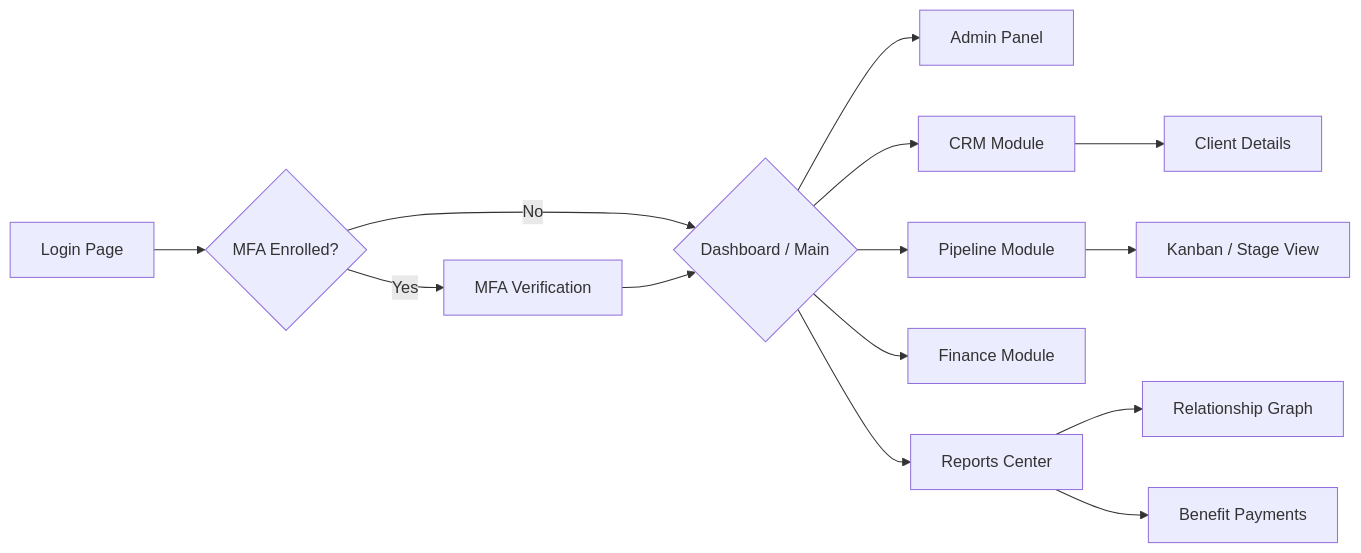
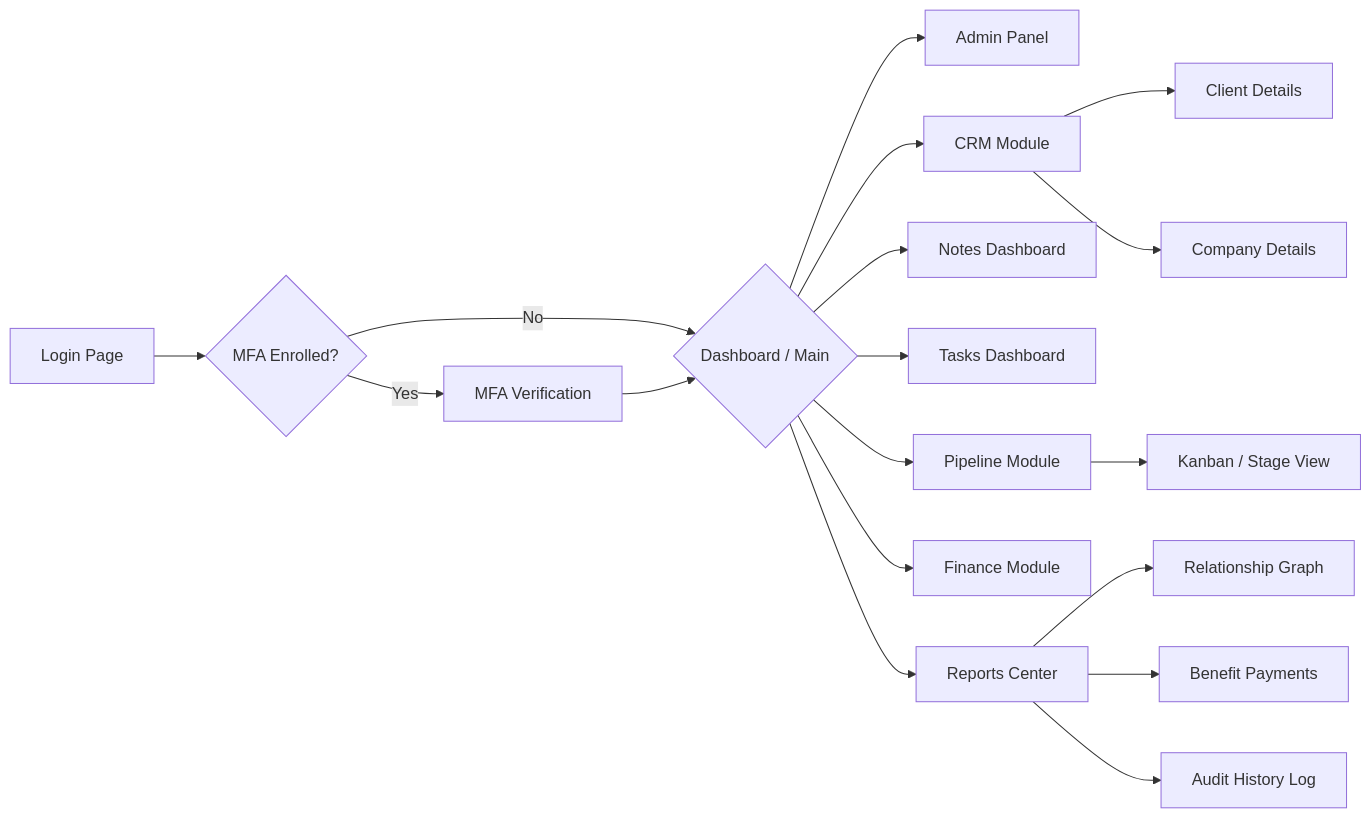
One commit to bereanadvisorgroup/prestige-box changed the diagram in docs/features.md. Above: the diagram before and after it, drawn with Mermaid. The commit also changed other lines of this file and 8 other files, not shown here.

Commit message:
docs: update architecture, feature list, and database docs; fix obsolete payments path in code and docs

````diff
--- a/docs/features.md
+++ b/docs/features.md
@@ -5,17 +5,21 @@
 ```mermaid
 flowchart LR
     Login[Login Page] --> MFA{MFA Enrolled?}
     MFA -->|Yes| MFAVerify[MFA Verification]
     MFA -->|No| Dashboard{Dashboard / Main}
     MFAVerify --> Dashboard
     Dashboard --> Admin[Admin Panel]
     Dashboard --> CRM[CRM Module]
+    Dashboard --> Notes[Notes Dashboard]
+    Dashboard --> Tasks[Tasks Dashboard]
     Dashboard --> Pipeline[Pipeline Module]
     Dashboard --> Finance[Finance Module]
     Dashboard --> Reports[Reports Center]
     
     CRM --> ClientProfile[Client Details]
+    CRM --> CompanyProfile[Company Details]
     Pipeline --> StageView[Kanban / Stage View]
     Reports --> RelGraph[Relationship Graph]
     Reports --> BenPayment[Benefit Payments]
+    Reports --> AudHistory[Audit History Log]
 ```
````
